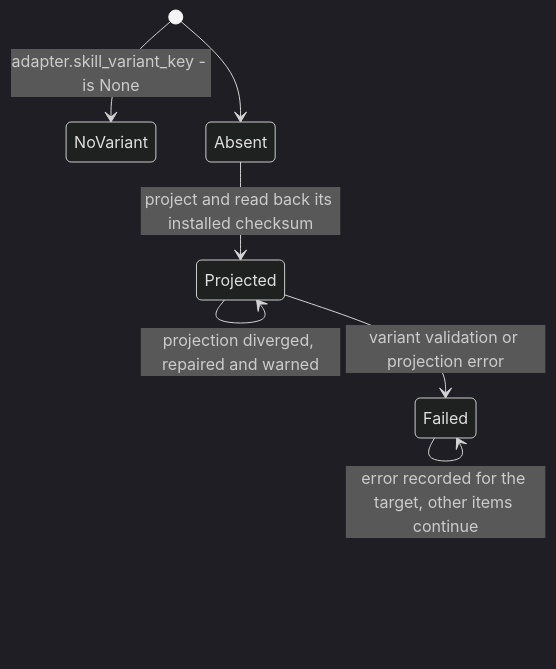
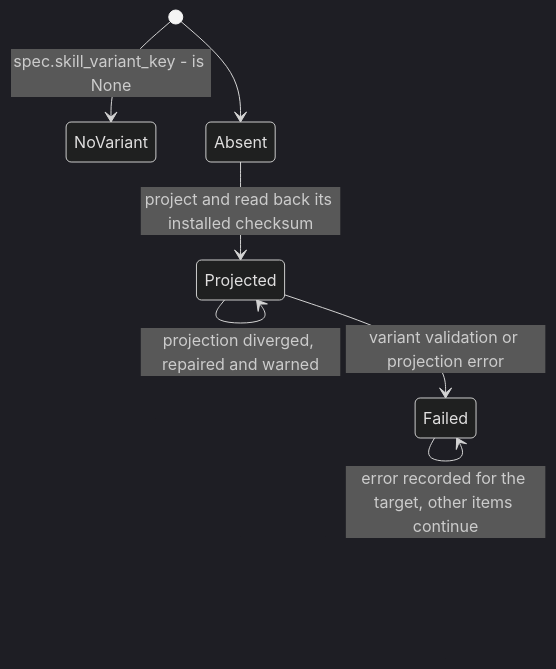
Before and after one commit to haowjy/mars-agents: the second of 2 diagrams in src/target_sync/.context/state-machines.md, drawn with Mermaid (dark theme). The commit also changed 22 other files, not shown here.

First line of the commit message:
Replace the target adapter trait with a TargetSpec table

````diff
--- a/src/target_sync/.context/state-machines.md
+++ b/src/target_sync/.context/state-machines.md
@@ -67,10 +67,10 @@
 ```mermaid
 stateDiagram-v2
- [*] --> NoVariant: adapter.skill_variant_key - is None
+ [*] --> NoVariant: spec.skill_variant_key - is None
  [*] --> Absent
  Absent --> Projected: project and read back its installed checksum
  Projected --> Projected: projection still matches, no bytes moved
  Projected --> Projected: projection diverged, repaired and warned
  Projected --> Failed: variant validation or projection error
  Failed --> Failed: error recorded for the target, other items continue
 ```
````
